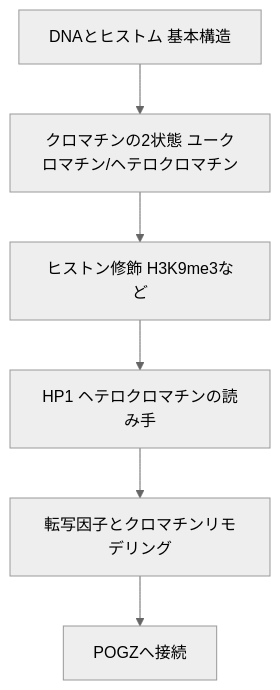
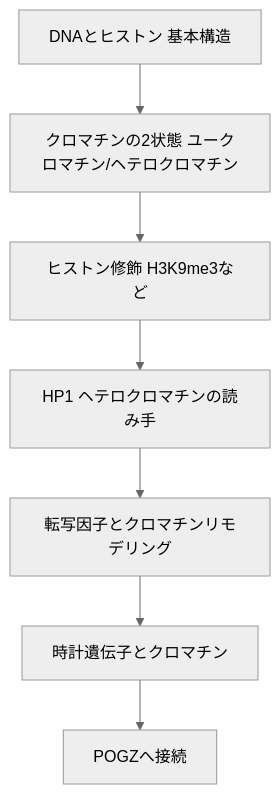
Before and after one commit to Nya-Sci/digital_brain_garden: the first of 3 diagrams in content/tale/勉強/概日リズム/02_クロマチンとエピジェネティクスの基礎.md, drawn with Mermaid (neutral theme). The commit also changed other lines of this file and 3 other files, not shown here.

````diff
--- a/content/tale/勉強/概日リズム/02_クロマチンとエピジェネティクスの基礎.md
+++ b/content/tale/勉強/概日リズム/02_クロマチンとエピジェネティクスの基礎.md
@@ -22,8 +24,9 @@
 ```mermaid
 flowchart TD
-    A[DNAとヒストム 基本構造] --> B[クロマチンの2状態 ユークロマチン/ヘテロクロマチン]
+    A[DNAとヒストン 基本構造] --> B[クロマチンの2状態 ユークロマチン/ヘテロクロマチン]
     B --> C[ヒストン修飾 H3K9me3など]
     C --> D[HP1 ヘテロクロマチンの読み手]
     D --> E[転写因子とクロマチンリモデリング]
-    E --> F[POGZへ接続]
+    E --> E2[時計遺伝子とクロマチン]
+    E2 --> F[POGZへ接続]
 ```
````
